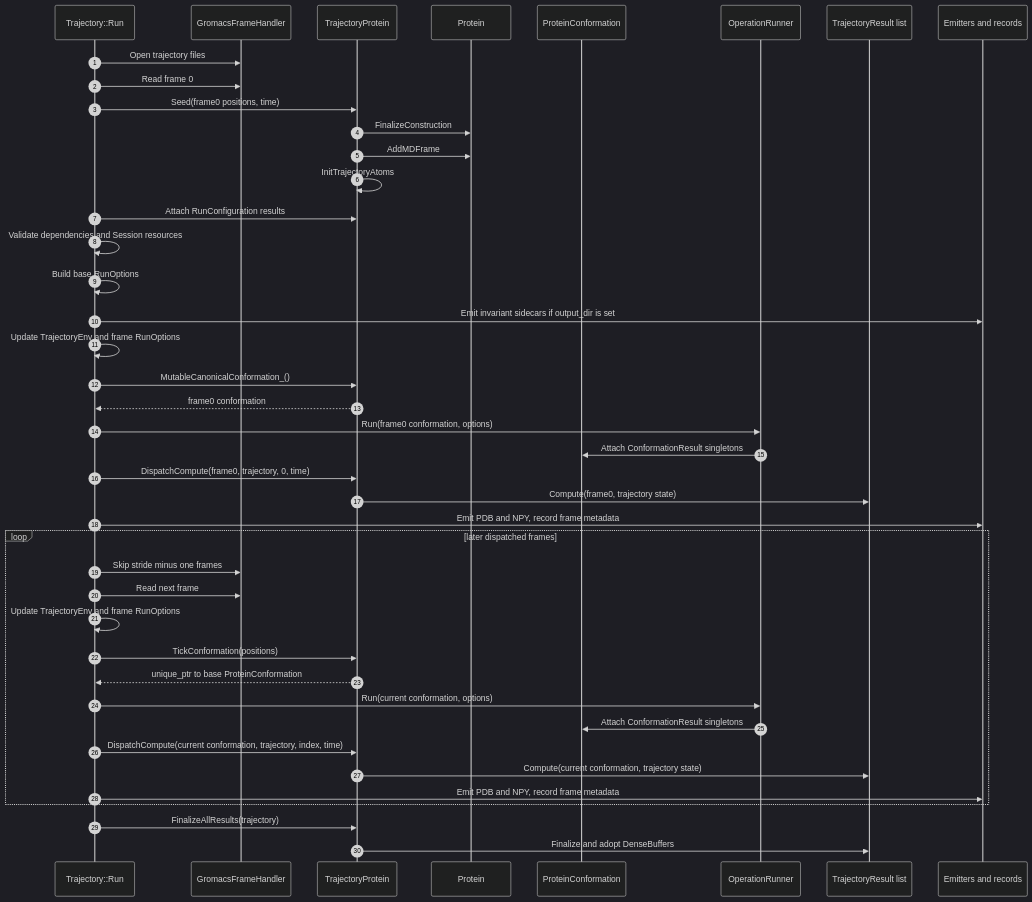
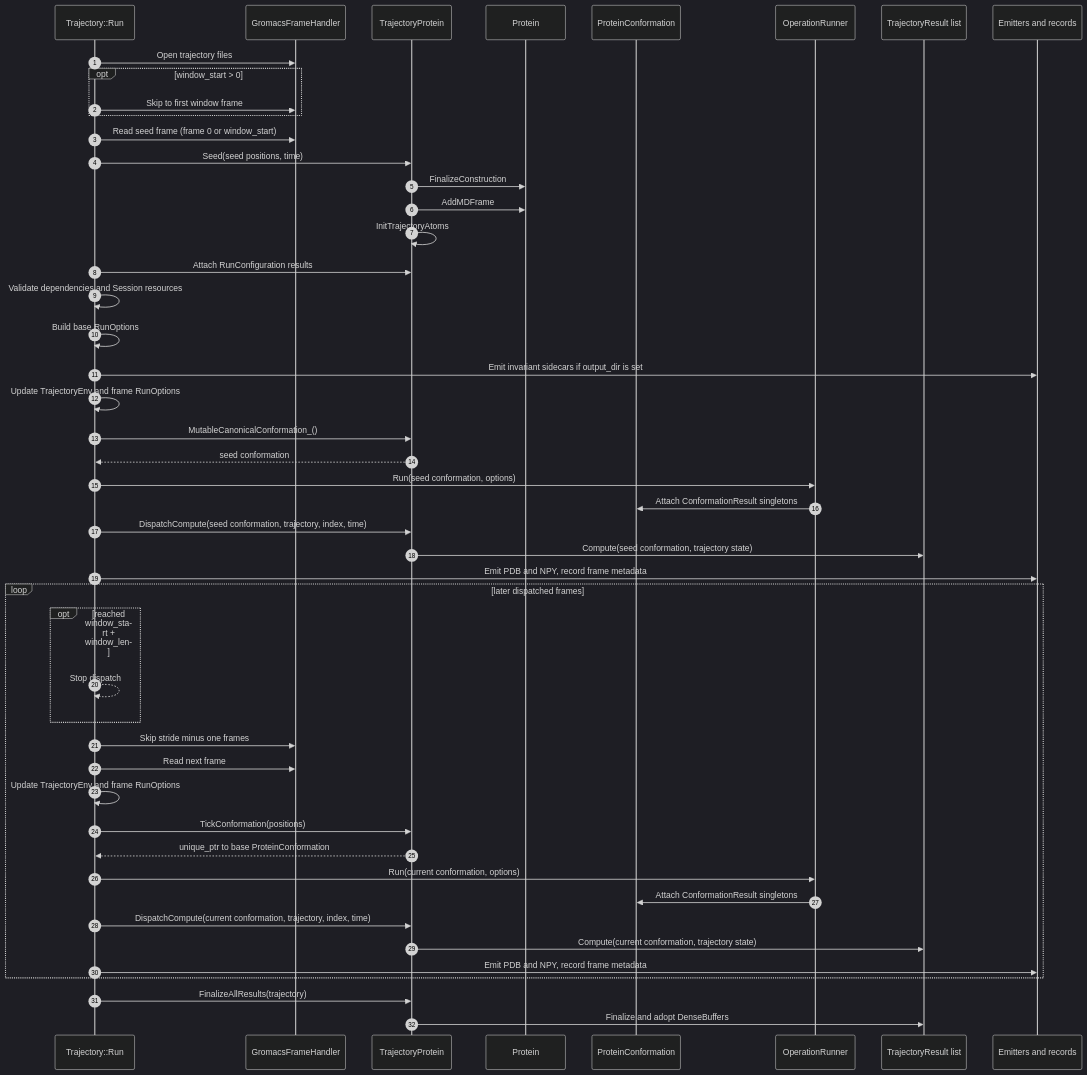
Before and after one commit to jessicalh/geo-kernel-extract: the diagram in doc/calculators/architecture_per_frame_flow.mmd, drawn with Mermaid (dark theme). The commit also changed 22 other files, not shown here.

```diff
--- a/doc/calculators/architecture_per_frame_flow.mmd
+++ b/doc/calculators/architecture_per_frame_flow.mmd
@@ -1,45 +1,51 @@
 sequenceDiagram
 autonumber
 participant T as Trajectory::Run
 participant H as GromacsFrameHandler
 participant TP as TrajectoryProtein
 participant P as Protein
 participant C as ProteinConformation
 participant OR as OperationRunner
 participant TR as TrajectoryResult list
 participant E as Emitters and records
 
 T->>H: Open trajectory files
-T->>H: Read frame 0
-T->>TP: Seed(frame0 positions, time)
+opt window_start > 0
+  T->>H: Skip to first window frame
+end
+T->>H: Read seed frame (frame 0 or window_start)
+T->>TP: Seed(seed positions, time)
 TP->>P: FinalizeConstruction
 TP->>P: AddMDFrame
 TP->>TP: InitTrajectoryAtoms
 T->>TP: Attach RunConfiguration results
 T->>T: Validate dependencies and Session resources
 T->>T: Build base RunOptions
 T->>E: Emit invariant sidecars if output_dir is set
 T->>T: Update TrajectoryEnv and frame RunOptions
 T->>TP: MutableCanonicalConformation_()
-TP-->>T: frame0 conformation
-T->>OR: Run(frame0 conformation, options)
+TP-->>T: seed conformation
+T->>OR: Run(seed conformation, options)
 OR->>C: Attach ConformationResult singletons
-T->>TP: DispatchCompute(frame0, trajectory, 0, time)
-TP->>TR: Compute(frame0, trajectory state)
+T->>TP: DispatchCompute(seed conformation, trajectory, index, time)
+TP->>TR: Compute(seed conformation, trajectory state)
 T->>E: Emit PDB and NPY, record frame metadata
 
 loop later dispatched frames
+  opt reached window_start + window_len
+    T-->>T: Stop dispatch
+  end
   T->>H: Skip stride minus one frames
   T->>H: Read next frame
   T->>T: Update TrajectoryEnv and frame RunOptions
   T->>TP: TickConformation(positions)
   TP-->>T: unique_ptr to base ProteinConformation
   T->>OR: Run(current conformation, options)
   OR->>C: Attach ConformationResult singletons
   T->>TP: DispatchCompute(current conformation, trajectory, index, time)
   TP->>TR: Compute(current conformation, trajectory state)
   T->>E: Emit PDB and NPY, record frame metadata
 end
 
 T->>TP: FinalizeAllResults(trajectory)
 TP->>TR: Finalize and adopt DenseBuffers
```
